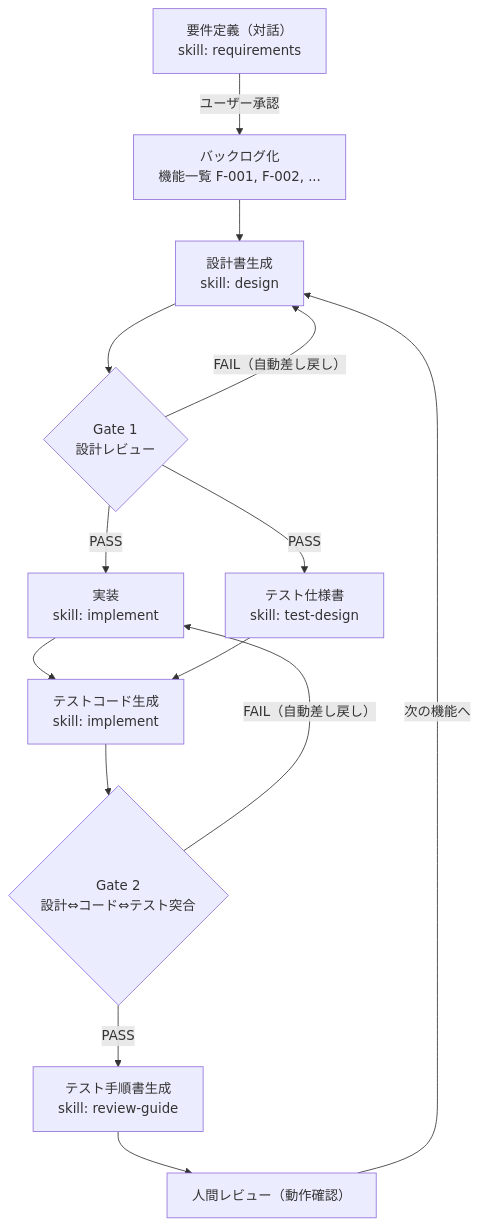
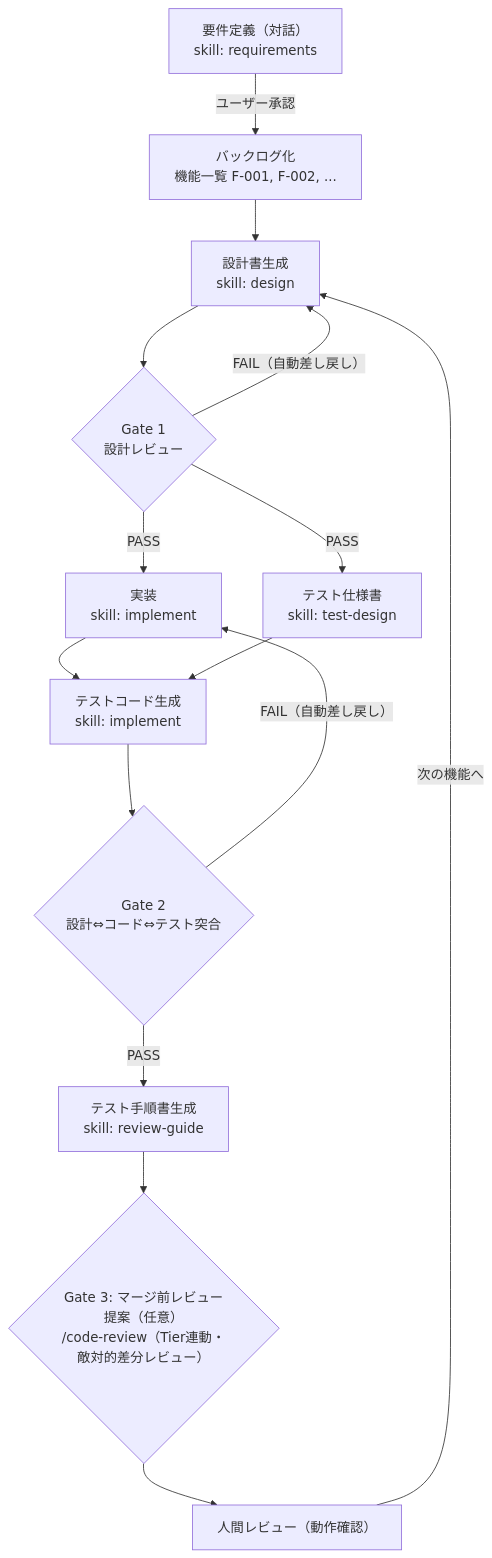
The diagram in README.md (high-tech-r/orchestrator-skills), drawn with Mermaid before and after one commit. The commit also changed other lines of this file and 2 other files, not shown here.

````diff
--- a/README.md
+++ b/README.md
@@ -36,16 +36,17 @@
 ```mermaid
 flowchart TD
     R["要件定義（対話）<br>skill: requirements"] -- ユーザー承認 --> B["バックログ化<br>機能一覧 F-001, F-002, ..."]
     B --> D["設計書生成<br>skill: design"]
     D --> G1{"Gate 1<br>設計レビュー"}
     G1 -- "FAIL（自動差し戻し）" --> D
     G1 -- PASS --> I["実装<br>skill: implement"]
     G1 -- PASS --> T["テスト仕様書<br>skill: test-design"]
     I --> TC["テストコード生成<br>skill: implement"]
     T --> TC
     TC --> G2{"Gate 2<br>設計⇔コード⇔テスト突合"}
     G2 -- "FAIL（自動差し戻し）" --> I
     G2 -- PASS --> RG["テスト手順書生成<br>skill: review-guide"]
-    RG --> HR["人間レビュー（動作確認）"]
+    RG --> G3{"Gate 3: マージ前レビュー提案（任意）<br>/code-review（Tier連動・敵対的差分レビュー）"}
+    G3 --> HR["人間レビュー（動作確認）"]
     HR -- 次の機能へ --> D
 ```
````
